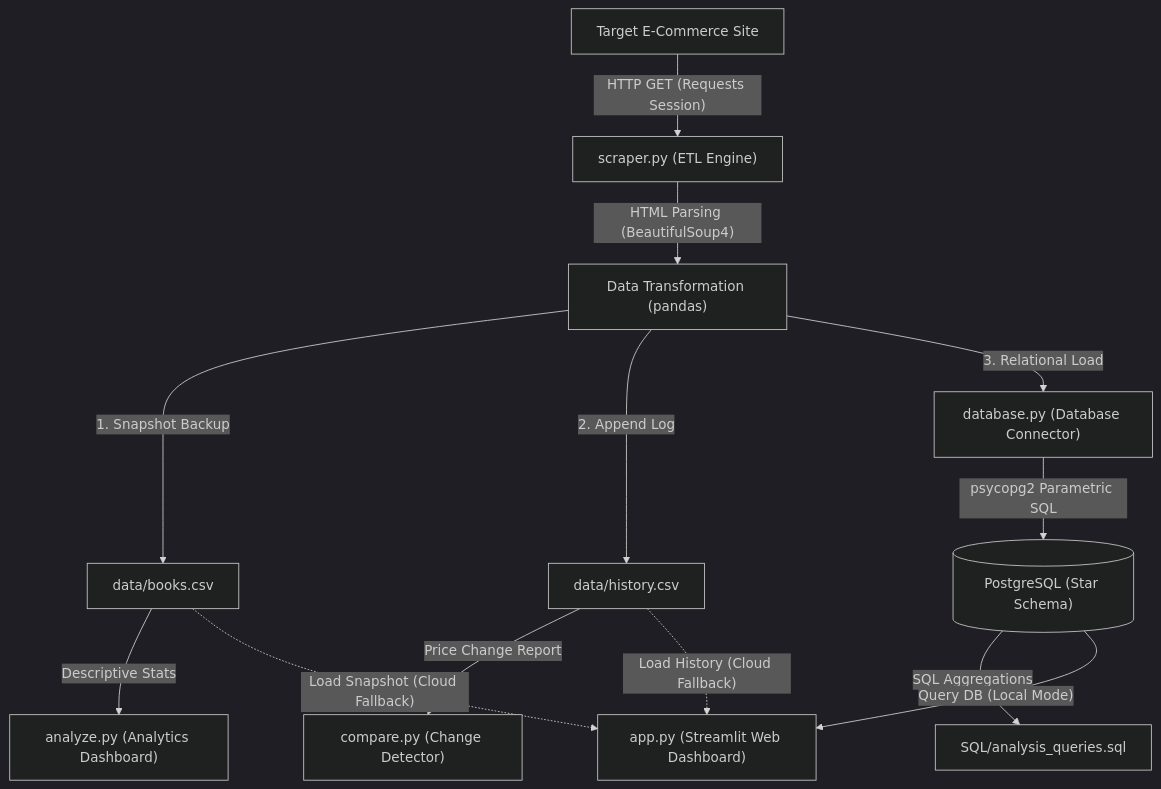
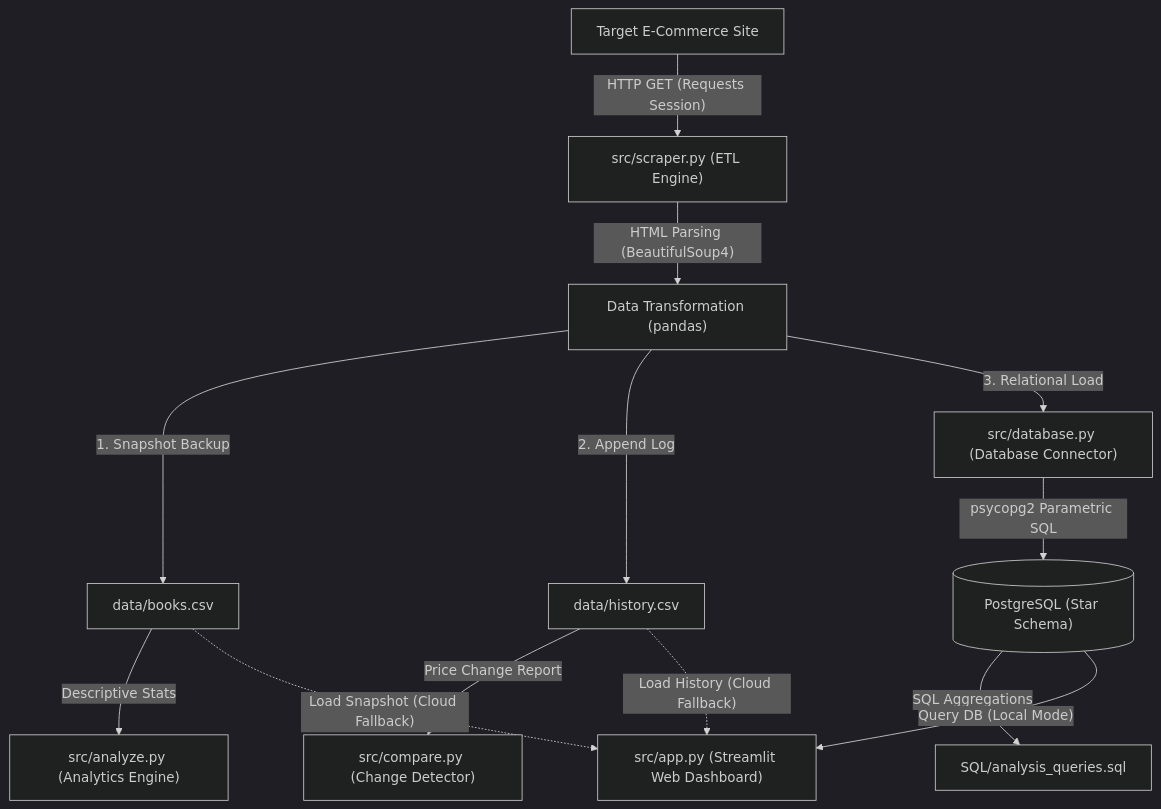
The diagram in README.md (pateldivyakumar/E-commerce-Price-Monitoring-Market-Analysis-System), drawn with Mermaid (dark theme) before and after one commit. The commit also changed other lines of this file, not shown here.

````diff
--- a/README.md
+++ b/README.md
@@ -13,19 +15,19 @@
 ```mermaid
 graph TD
-    A["Target E-Commerce Site"] -->|"HTTP GET (Requests Session)"| B["scraper.py (ETL Engine)"]
+    A["Target E-Commerce Site"] -->|"HTTP GET (Requests Session)"| B["src/scraper.py (ETL Engine)"]
     B -->|"HTML Parsing (BeautifulSoup4)"| C["Data Transformation (pandas)"]
     
     C -->|"1. Snapshot Backup"| D["data/books.csv"]
     C -->|"2. Append Log"| E["data/history.csv"]
-    C -->|"3. Relational Load"| F["database.py (Database Connector)"]
+    C -->|"3. Relational Load"| F["src/database.py (Database Connector)"]
     
     F -->|"psycopg2 Parametric SQL"| G[("PostgreSQL (Star Schema)")]
     
-    D -->|"Descriptive Stats"| H["analyze.py (Analytics Dashboard)"]
-    E -->|"Price Change Report"| I["compare.py (Change Detector)"]
+    D -->|"Descriptive Stats"| H["src/analyze.py (Analytics Engine)"]
+    E -->|"Price Change Report"| I["src/compare.py (Change Detector)"]
     G -->|"SQL Aggregations"| J["SQL/analysis_queries.sql"]
     
-    G -->|"Query DB (Local Mode)"| K["app.py (Streamlit Web Dashboard)"]
+    G -->|"Query DB (Local Mode)"| K["src/app.py (Streamlit Web Dashboard)"]
     D -.->|"Load Snapshot (Cloud Fallback)"| K
     E -.->|"Load History (Cloud Fallback)"| K
 ```
````
